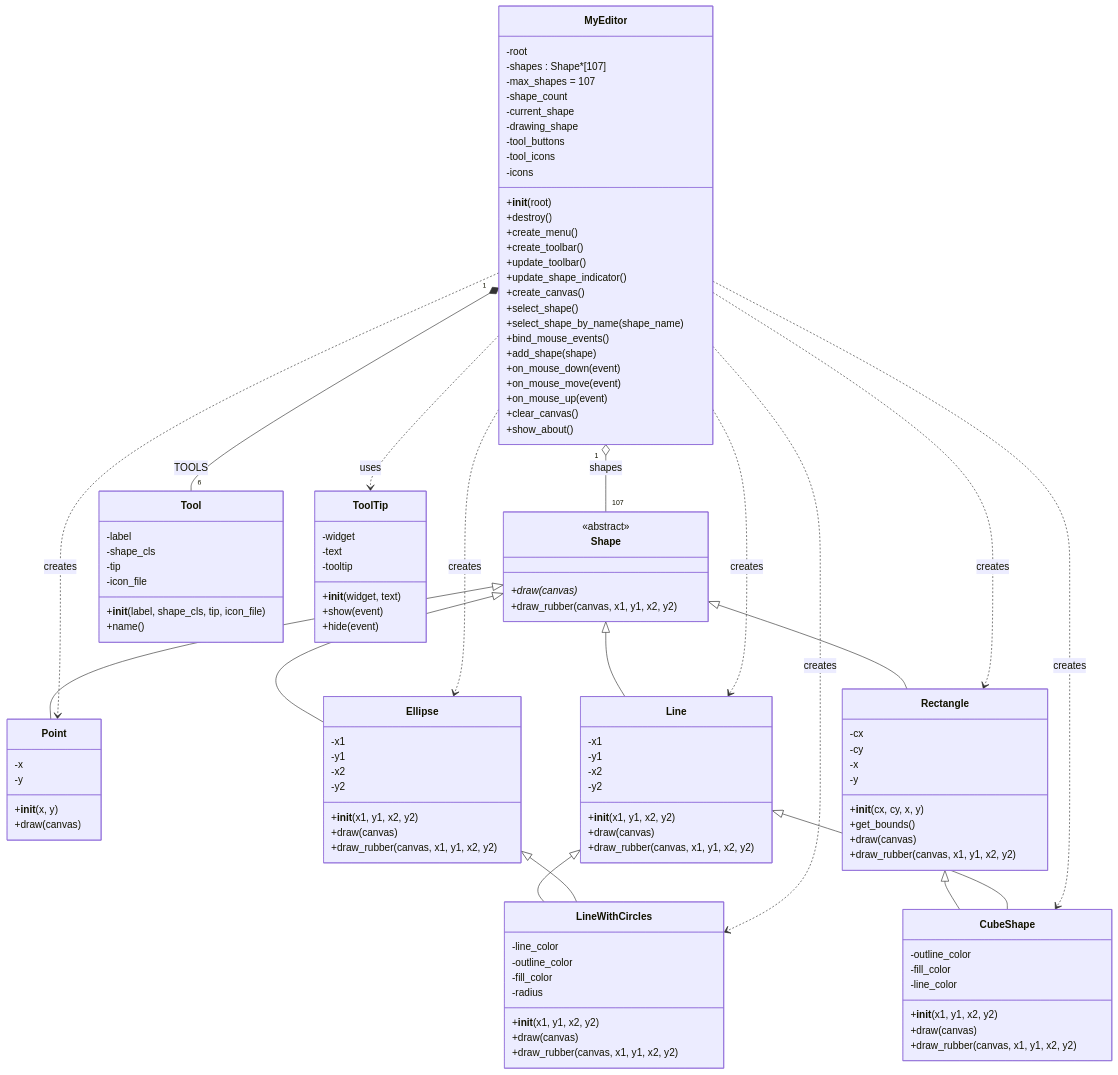
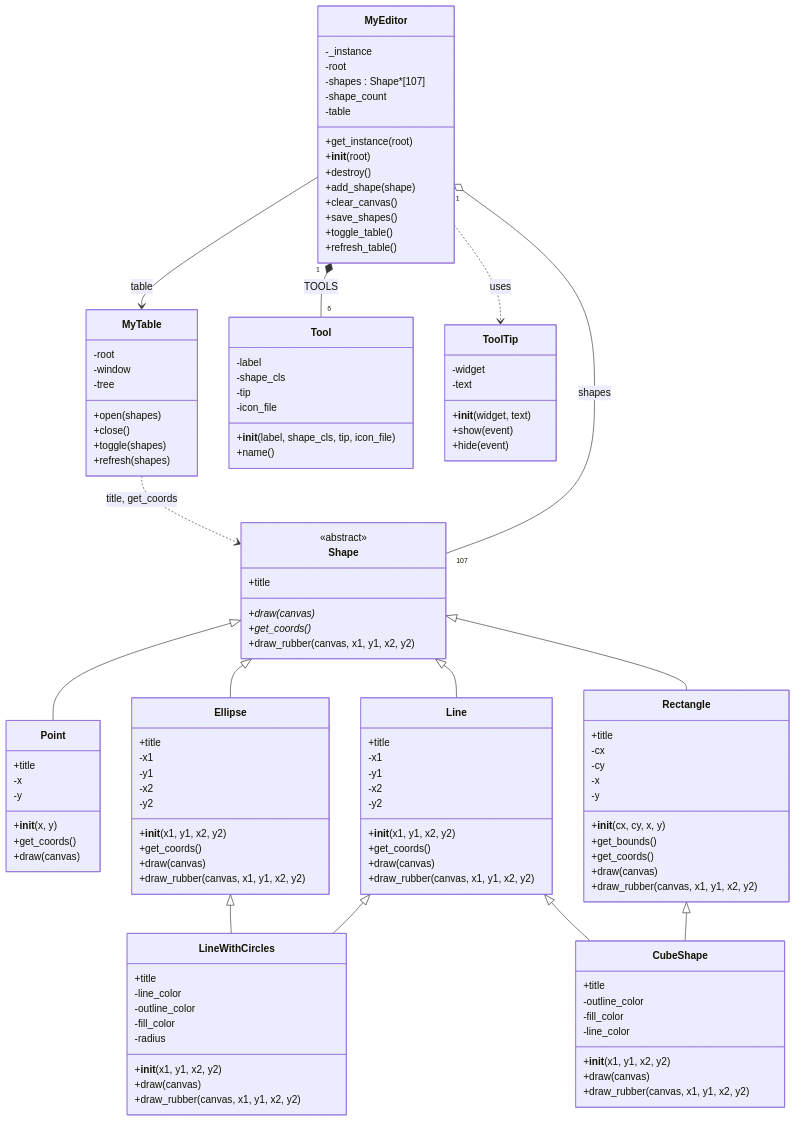
Before and after one commit to mariiahosp/oop-labs: the diagram in Lab5/diagram.md, drawn with Mermaid. The commit also changed 1 other file, not shown here.

Commit message:
lab5: class diagram

````diff
--- a/Lab5/diagram.md
+++ b/Lab5/diagram.md
@@ -5,49 +5,60 @@
 
     class Shape {
         <<abstract>>
+        +title
         +draw(canvas)*
+        +get_coords()*
         +draw_rubber(canvas, x1, y1, x2, y2)
     }
 
     class Point {
+        +title
         -x
         -y
         +__init__(x, y)
+        +get_coords()
         +draw(canvas)
     }
 
     class Line {
+        +title
         -x1
         -y1
         -x2
         -y2
         +__init__(x1, y1, x2, y2)
+        +get_coords()
         +draw(canvas)
         +draw_rubber(canvas, x1, y1, x2, y2)
     }
 
     class Rectangle {
+        +title
         -cx
         -cy
         -x
         -y
         +__init__(cx, cy, x, y)
         +get_bounds()
+        +get_coords()
         +draw(canvas)
         +draw_rubber(canvas, x1, y1, x2, y2)
     }
 
     class Ellipse {
+        +title
         -x1
         -y1
         -x2
         -y2
         +__init__(x1, y1, x2, y2)
+        +get_coords()
         +draw(canvas)
         +draw_rubber(canvas, x1, y1, x2, y2)
     }
 
     class LineWithCircles {
+        +title
         -line_color
         -outline_color
         -fill_color
@@ -58,6 +69,7 @@
     }
 
     class CubeShape {
+        +title
         -outline_color
         -fill_color
         -line_color
@@ -67,31 +79,29 @@
     }
 
     class MyEditor {
+        -_instance
         -root
         -shapes : Shape*[107]
-        -max_shapes = 107
         -shape_count
-        -current_shape
-        -drawing_shape
-        -tool_buttons
-        -tool_icons
-        -icons
+        -table
+        +get_instance(root)
         +__init__(root)
         +destroy()
-        +create_menu()
-        +create_toolbar()
-        +update_toolbar()
-        +update_shape_indicator()
-        +create_canvas()
-        +select_shape()
-        +select_shape_by_name(shape_name)
-        +bind_mouse_events()
         +add_shape(shape)
-        +on_mouse_down(event)
-        +on_mouse_move(event)
-        +on_mouse_up(event)
         +clear_canvas()
-        +show_about()
+        +save_shapes()
+        +toggle_table()
+        +refresh_table()
+    }
+
+    class MyTable {
+        -root
+        -window
+        -tree
+        +open(shapes)
+        +close()
+        +toggle(shapes)
+        +refresh(shapes)
     }
 
     class Tool {
@@ -106,7 +116,6 @@
     class ToolTip {
         -widget
         -text
-        -tooltip
         +__init__(widget, text)
         +show(event)
         +hide(event)
@@ -123,11 +132,8 @@
 
     MyEditor "1" o-- "107" Shape : shapes
     MyEditor "1" *-- "6" Tool : TOOLS
-    MyEditor ..> Point : creates
-    MyEditor ..> Line : creates
-    MyEditor ..> Rectangle : creates
-    MyEditor ..> Ellipse : creates
-    MyEditor ..> LineWithCircles : creates
-    MyEditor ..> CubeShape : creates
+    MyEditor --> MyTable : table
+    MyTable ..> Shape : title, get_coords
     MyEditor ..> ToolTip : uses
+
 ```
````
